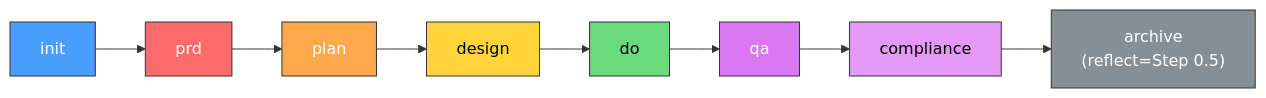
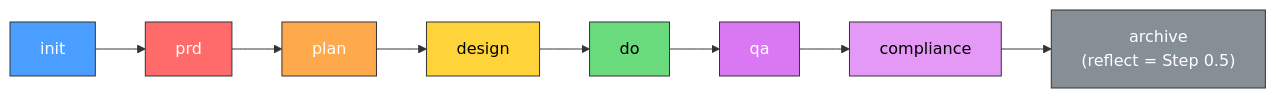
One commit to Arcanada-one/datarim changed the diagram in README.md. Above: the diagram before and after it, drawn with Mermaid. The commit also changed other lines of this file and 29 other files, not shown here.

````diff
--- a/README.md
+++ b/README.md
@@ -42,19 +42,19 @@
 ```mermaid
 graph LR
     init["init"] --> prd["prd"]
     prd --> plan["plan"]
     plan --> design["design"]
     design --> do["do"]
     do --> qa["qa"]
     qa --> compliance["compliance"]
-    compliance --> archive["archive<br/>(reflect=Step 0.5)"]
+    compliance --> archive["archive<br>(reflect = Step 0.5)"]
 
     style init fill:#4a9eff,stroke:#333,color:#fff
     style prd fill:#ff6b6b,stroke:#333,color:#fff
     style plan fill:#ffa94d,stroke:#333,color:#fff
     style design fill:#ffd43b,stroke:#333,color:#000
     style do fill:#69db7c,stroke:#333,color:#000
     style qa fill:#da77f2,stroke:#333,color:#fff
     style compliance fill:#e599f7,stroke:#333,color:#000
     style archive fill:#868e96,stroke:#333,color:#fff
 ```
````
